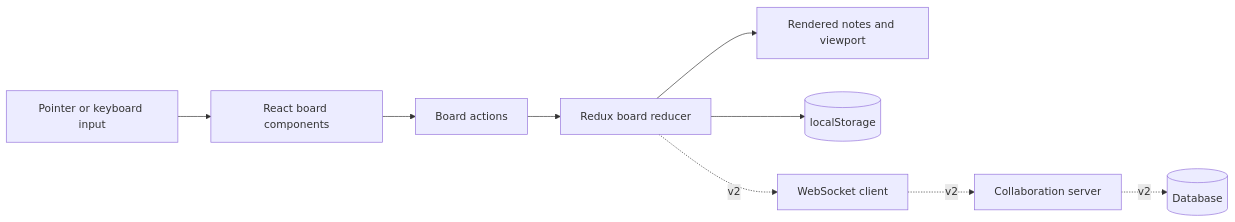
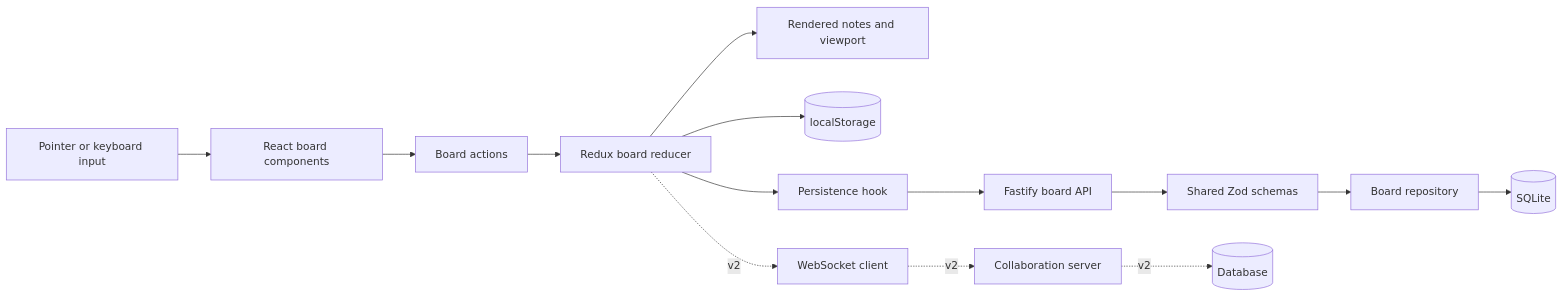
One commit to KyleSudu/gatherboard changed the first of 3 diagrams in PROJECT_PLAN.md. Above: the diagram before and after it, drawn with Mermaid. The commit also changed other lines of this file and 2 other files, not shown here.

````diff
--- a/PROJECT_PLAN.md
+++ b/PROJECT_PLAN.md
@@ -56,12 +58,18 @@
 ```mermaid
 flowchart LR
     Input[Pointer or keyboard input] --> UI[React board components]
     UI --> Commands[Board actions]
     Commands --> Store[Redux board reducer]
     Store --> View[Rendered notes and viewport]
     Store --> Local[(localStorage)]
 
+    Store --> Sync[Persistence hook]
+    Sync --> API[Fastify board API]
+    API --> Validation[Shared Zod schemas]
+    Validation --> Repository[Board repository]
+    Repository --> SQLite[(SQLite)]
+
     Store -. v2 .-> Socket[WebSocket client]
     Socket -. v2 .-> Server[Collaboration server]
     Server -. v2 .-> Database[(Database)]
 ```
````
